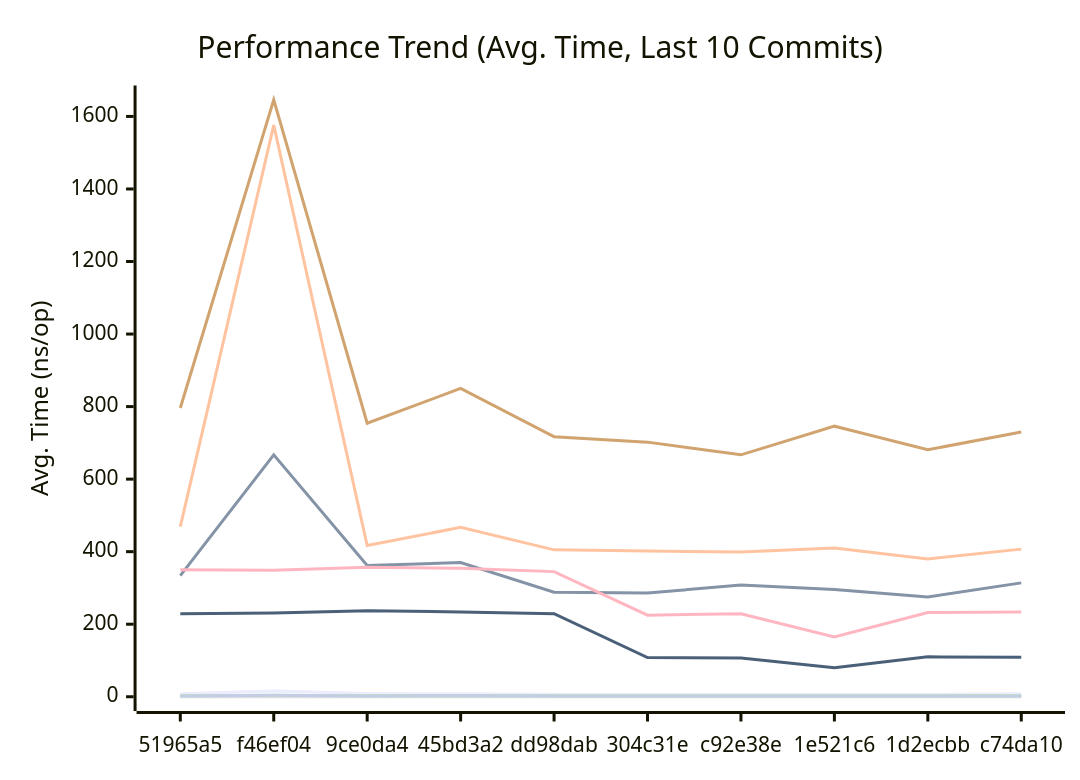
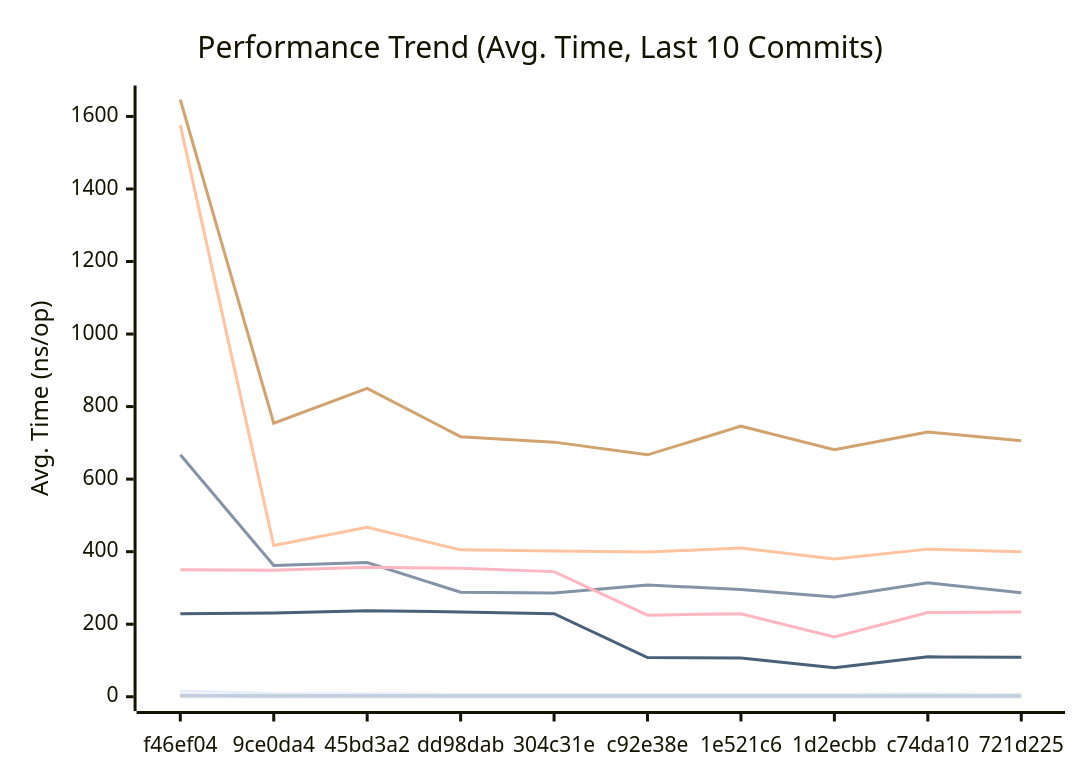
One commit to alsotoes/momo changed the first of 3 diagrams in docs/PERFORMANCE.md. Above: the diagram before and after it, drawn with Mermaid. The commit also changed other lines of this file and 4 other files, not shown here.

````diff
--- a/docs/PERFORMANCE.md
+++ b/docs/PERFORMANCE.md
@@ -80,16 +80,16 @@
 ```mermaid
 xychart-beta
     title "Performance Trend (Avg. Time, Last 10 Commits)"
     x-axis "Commit"
     y-axis "Avg. Time (ns/op)"
-    x-axis [51965a5,f46ef04,9ce0da4,45bd3a2,dd98dab,304c31e,c92e38e,1e521c6,1d2ecbb,c74da10]
-    line "CheckMetricsAndSwap" [8,16,9,8,7,7,7,7,7,8]
-    line "CrushOptimized" [334,667,362,370,288,286,308,296,275,314]
-    line "CrushOriginal" [469,1576,417,467,405,402,399,410,380,407]
+    x-axis [f46ef04,9ce0da4,45bd3a2,dd98dab,304c31e,c92e38e,1e521c6,1d2ecbb,c74da10,721d225]
+    line "CheckMetricsAndSwap" [16,9,8,7,7,7,7,7,8,7]
+    line "CrushOptimized" [667,362,370,288,286,308,296,275,314,287]
+    line "CrushOriginal" [1576,417,467,405,402,399,410,380,407,400]
     line "IndexDirectTracking" [0,0,0,0,0,0,0,0,0,0]
-    line "IndexSearch" [3,4,3,3,3,3,3,3,3,3]
-    line "LoadGlobalConfig" [796,1646,754,850,717,702,667,746,681,730]
-    line "PadString" [2,4,2,3,2,2,2,2,2,2]
+    line "IndexSearch" [4,3,3,3,3,3,3,3,3,3]
+    line "LoadGlobalConfig" [1646,754,850,717,702,667,746,681,730,706]
+    line "PadString" [4,2,3,2,2,2,2,2,2,2]
     line "ParseReplicationOrder_NoPrealloc" [350,349,357,354,345,225,229,165,232,234]
     line "ParseReplicationOrder_Prealloc" [229,231,237,234,229,108,107,80,110,109]
 ```
````
